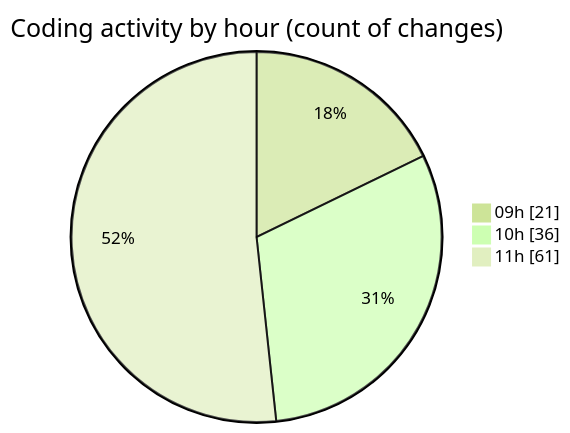
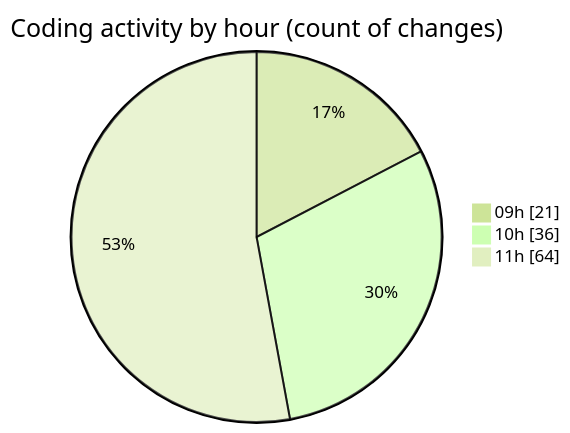
Before and after one commit to momahboobian/code-tracking: the second of 2 diagrams in 2025-09-09/cda/README.md, drawn with Mermaid (forest theme). The commit also changed other lines of this file and 1 other file, not shown here.

````diff
--- a/2025-09-09/cda/README.md
+++ b/2025-09-09/cda/README.md
@@ -104,7 +104,7 @@
 ```mermaid
 pie showData
 title Coding activity by hour (count of changes)
 "09h" : 21
 "10h" : 36
-"11h" : 61
+"11h" : 64
 ```
````
